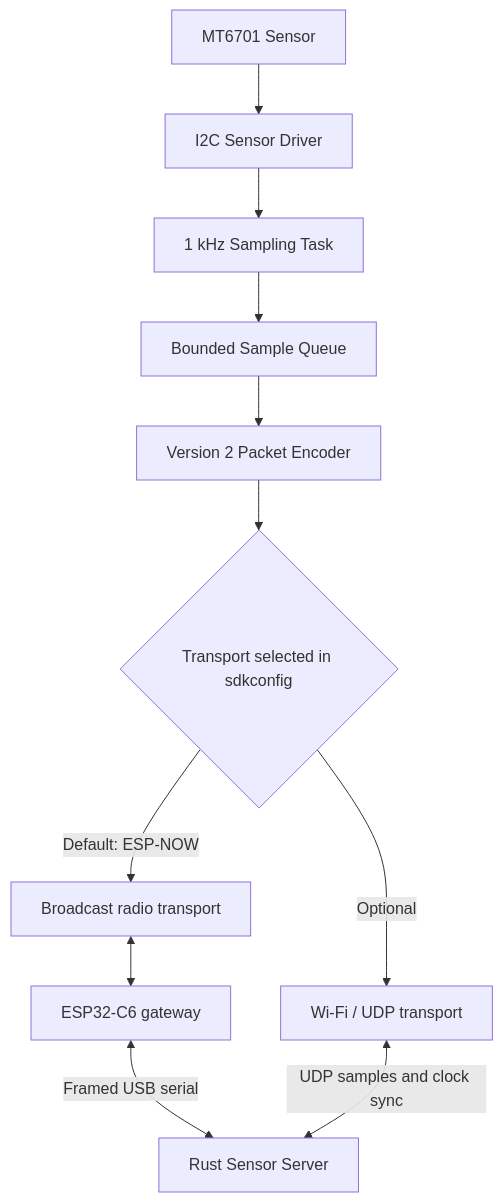
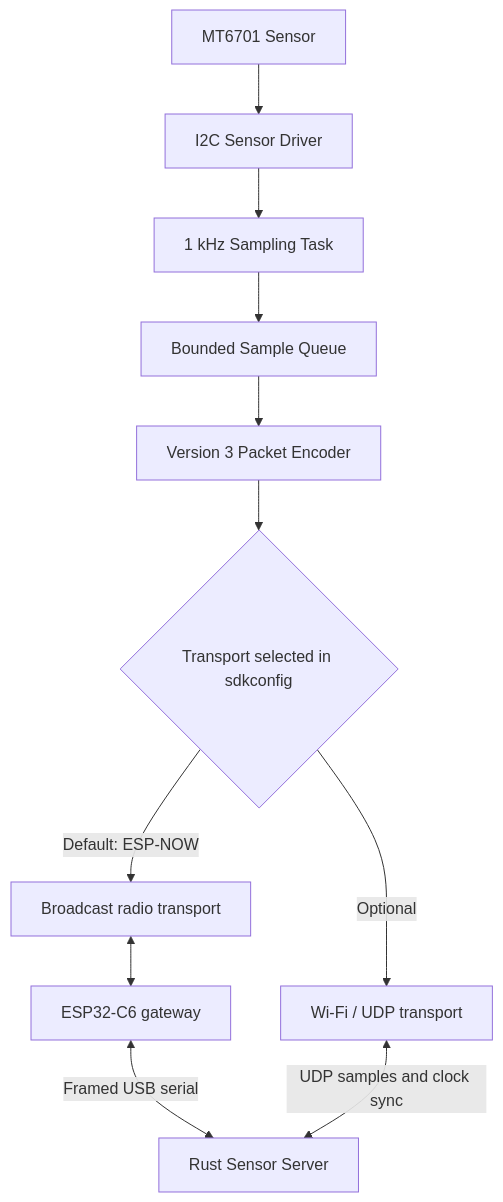
Before and after one commit to Neko-vecter/inverted-pendulum-sensor: the second of 5 diagrams in docs/architecture.md, drawn with Mermaid. The commit also changed other lines of this file and 17 other files, not shown here.

````diff
--- a/docs/architecture.md
+++ b/docs/architecture.md
@@ -26,13 +26,13 @@
 ```mermaid
 flowchart TD
     Sensor["MT6701 Sensor"] --> Driver["I2C Sensor Driver"]
     Driver --> Sampler["1 kHz Sampling Task"]
     Sampler --> Queue["Bounded Sample Queue"]
-    Queue --> Encoder["Version 2 Packet Encoder"]
+    Queue --> Encoder["Version 3 Packet Encoder"]
     Encoder --> Select{"Transport selected in sdkconfig"}
     Select -->|Default: ESP-NOW| Radio["Broadcast radio transport"]
     Radio <--> Gateway["ESP32-C6 gateway"]
     Gateway <-->|"Framed USB serial"| Server["Rust Sensor Server"]
     Select -->|Optional| UDP["Wi-Fi / UDP transport"]
     UDP <-->|"UDP samples and clock sync"| Server
 ```
````
